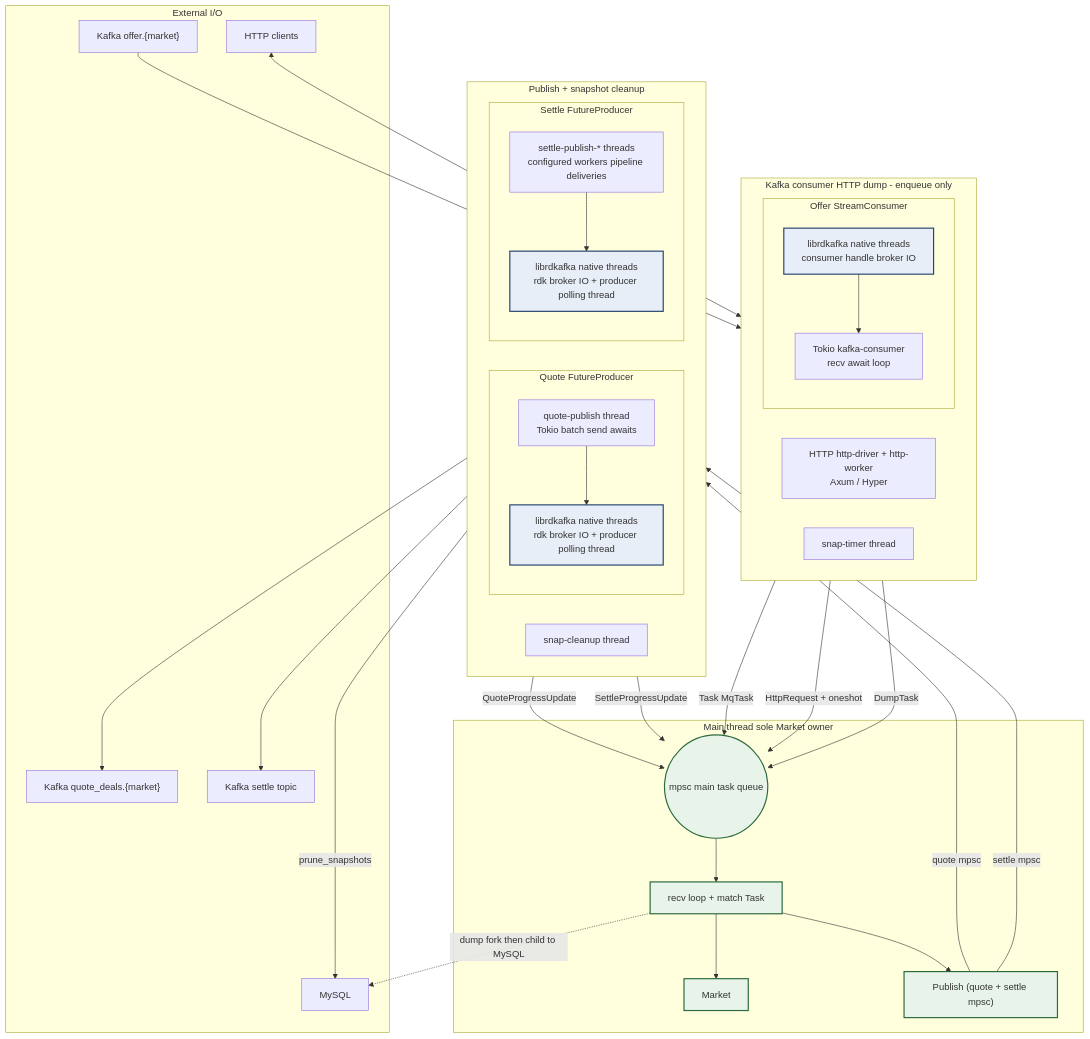
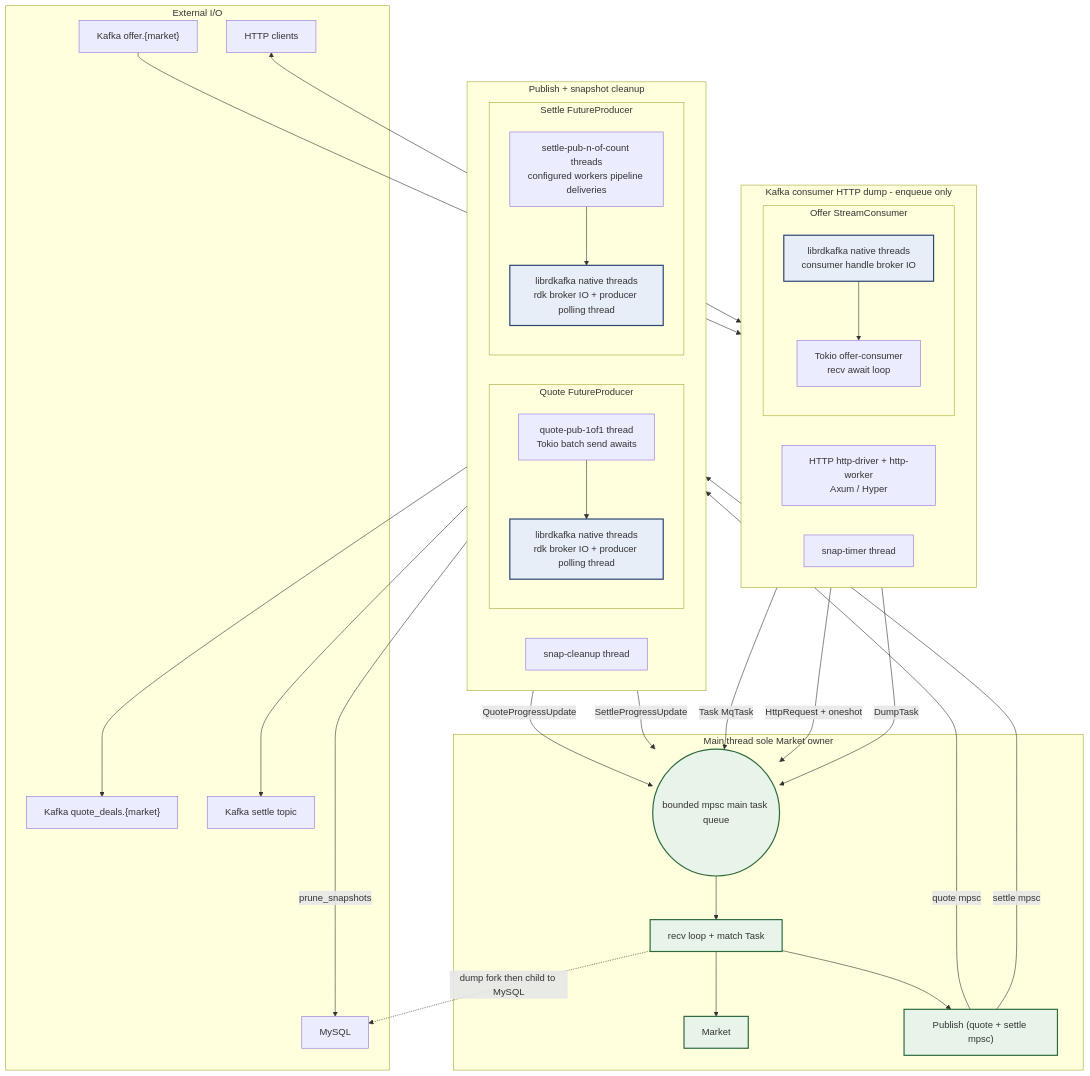
One commit to rqzrqh/matchengine_rust changed the first of 3 diagrams in doc/thread-model.md. Above: the diagram before and after it, drawn with Mermaid. The commit also changed other lines of this file and 18 other files, not shown here.

````diff
--- a/doc/thread-model.md
+++ b/doc/thread-model.md
@@ -46,74 +46,74 @@
 ```mermaid
 flowchart TB
   subgraph ext["External I/O"]
     K_IN["Kafka offer.{market}"]
     K_Q["Kafka quote_deals.{market}"]
     K_S["Kafka settle topic"]
     HTTP_C["HTTP clients"]
     MY["MySQL"]
   end
 
   subgraph to_main_q["Kafka consumer HTTP dump - enqueue only"]
     direction LR
     subgraph offer_sc["Offer StreamConsumer"]
       direction TB
       RDK_OFF["librdkafka native threads<br/>consumer handle broker IO"]
-      APP_OFF["Tokio kafka-consumer<br/>recv await loop"]
+      APP_OFF["Tokio offer-consumer<br/>recv await loop"]
       RDK_OFF --> APP_OFF
     end
     HR["HTTP http-driver + http-worker<br/>Axum / Hyper"]
     DT["snap-timer thread"]
   end
 
   subgraph main_th["Main thread sole Market owner"]
-    Q((mpsc main task queue))
+    Q((bounded mpsc main task queue))
     EL["recv loop + match Task"]
     MKT["Market"]
     PUB["Publish (quote + settle mpsc)"]
     EL --> MKT
     EL --> PUB
     Q --> EL
   end
 
   subgraph other_helpers["Publish + snapshot cleanup"]
     direction LR
     subgraph quote_pr["Quote FutureProducer"]
       direction TB
-      APP_QP["quote-publish thread<br/>Tokio batch send awaits"]
+      APP_QP["quote-pub-1of1 thread<br/>Tokio batch send awaits"]
       RDK_QP["librdkafka native threads<br/>rdk broker IO + producer polling thread"]
       APP_QP --> RDK_QP
     end
     subgraph settle_pr["Settle FutureProducer"]
       direction TB
-      APP_SP["settle-publish-* threads<br/>configured workers pipeline deliveries"]
+      APP_SP["settle-pub-n-of-count threads<br/>configured workers pipeline deliveries"]
       RDK_SP["librdkafka native threads<br/>rdk broker IO + producer polling thread"]
       APP_SP --> RDK_SP
     end
     CL["snap-cleanup thread"]
   end
 
   K_IN --> RDK_OFF
   APP_OFF -->|Task MqTask| Q
   HTTP_C <--> HR
   HR -->|HttpRequest + oneshot| Q
   DT -->|DumpTask| Q
   CL -->|prune_snapshots| MY
 
   PUB -->|quote mpsc| APP_QP
   PUB -->|settle mpsc| APP_SP
   RDK_QP --> K_Q
   RDK_SP --> K_S
   APP_QP -->|QuoteProgressUpdate| Q
   APP_SP -->|SettleProgressUpdate| Q
 
   EL -.->|dump fork then child to MySQL| MY
 
   classDef marketOwner fill:#e8f4ea,stroke:#2d6a3e,stroke-width:2px
   class EL marketOwner
   class MKT marketOwner
   class PUB marketOwner
   class Q marketOwner
 
   classDef rdkNative fill:#e8eef8,stroke:#2a4570,stroke-width:2px
   class RDK_OFF,RDK_QP,RDK_SP rdkNative
 ```
````
